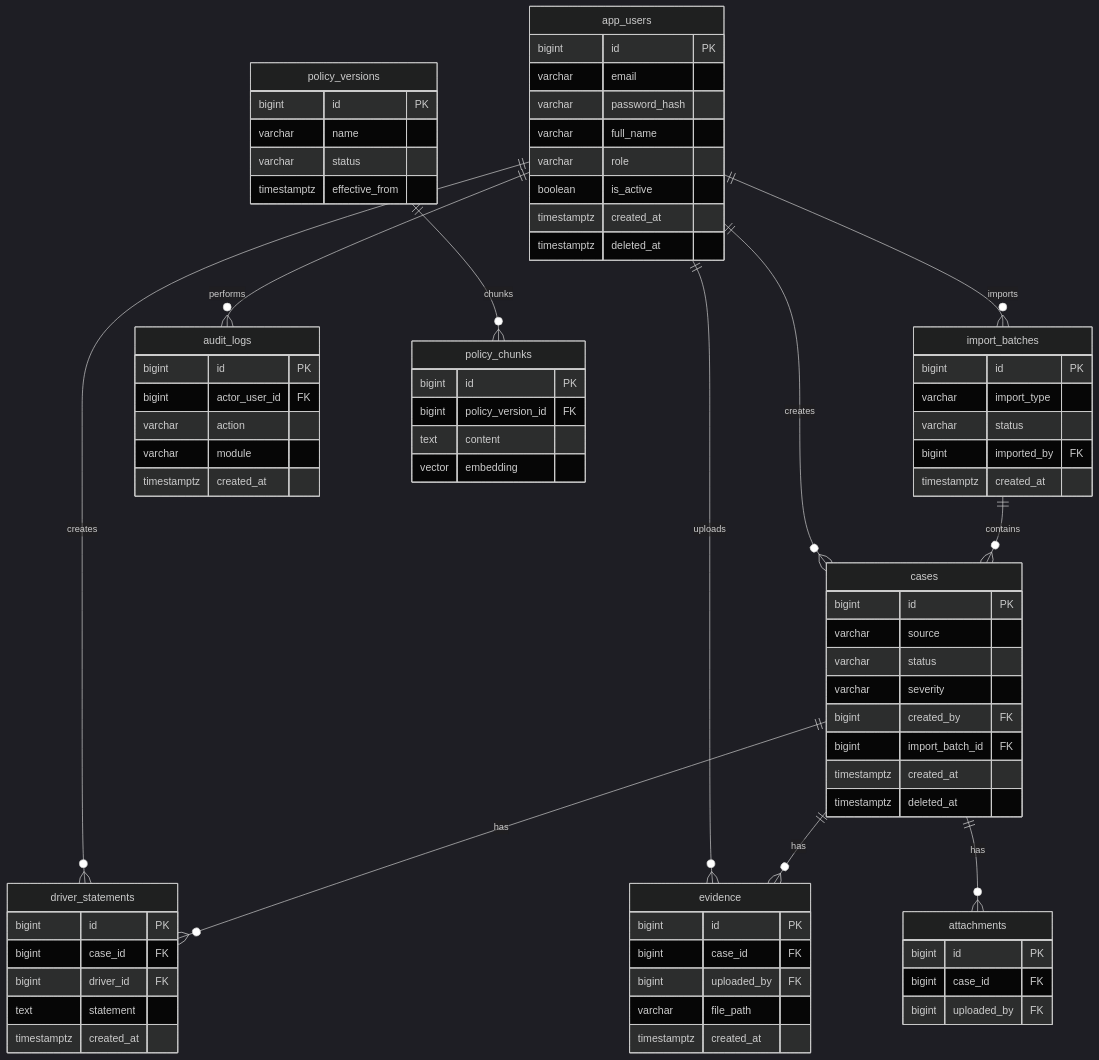
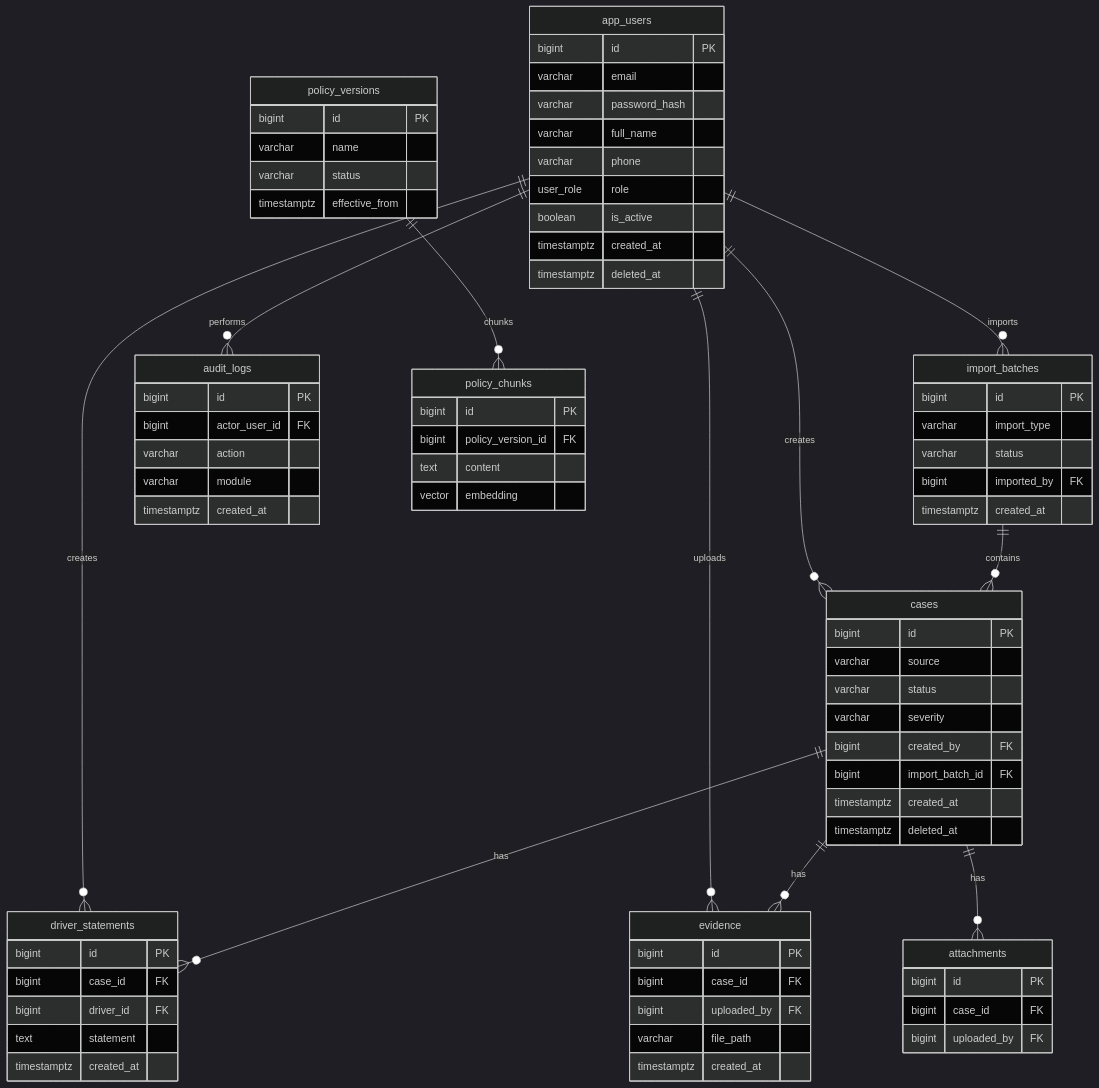
The fifth of 9 diagrams in README.md (SpoopyTuan/Green-Car), drawn with Mermaid (dark theme) before and after one commit. The commit also changed other lines of this file and 4 other files, not shown here.

````diff
--- a/README.md
+++ b/README.md
@@ -195,79 +199,80 @@
 ```mermaid
 erDiagram
     app_users ||--o{ cases : creates
     app_users ||--o{ driver_statements : creates
     app_users ||--o{ evidence : uploads
     app_users ||--o{ import_batches : imports
     app_users ||--o{ audit_logs : performs
     cases ||--o{ driver_statements : has
     cases ||--o{ evidence : has
     cases ||--o{ attachments : has
     import_batches ||--o{ cases : contains
     policy_versions ||--o{ policy_chunks : chunks
 
     app_users {
         bigint id PK
         varchar email
         varchar password_hash
         varchar full_name
-        varchar role
+        varchar phone
+        user_role role
         boolean is_active
         timestamptz created_at
         timestamptz deleted_at
     }
     cases {
         bigint id PK
         varchar source
         varchar status
         varchar severity
         bigint created_by FK
         bigint import_batch_id FK
         timestamptz created_at
         timestamptz deleted_at
     }
     driver_statements {
         bigint id PK
         bigint case_id FK
         bigint driver_id FK
         text statement
         timestamptz created_at
     }
     evidence {
         bigint id PK
         bigint case_id FK
         bigint uploaded_by FK
         varchar file_path
         timestamptz created_at
     }
     attachments {
         bigint id PK
         bigint case_id FK
         bigint uploaded_by FK
     }
     import_batches {
         bigint id PK
         varchar import_type
         varchar status
         bigint imported_by FK
         timestamptz created_at
     }
     audit_logs {
         bigint id PK
         bigint actor_user_id FK
         varchar action
         varchar module
         timestamptz created_at
     }
     policy_versions {
         bigint id PK
         varchar name
         varchar status
         timestamptz effective_from
     }
     policy_chunks {
         bigint id PK
         bigint policy_version_id FK
         text content
         vector embedding
     }
 ```
````
